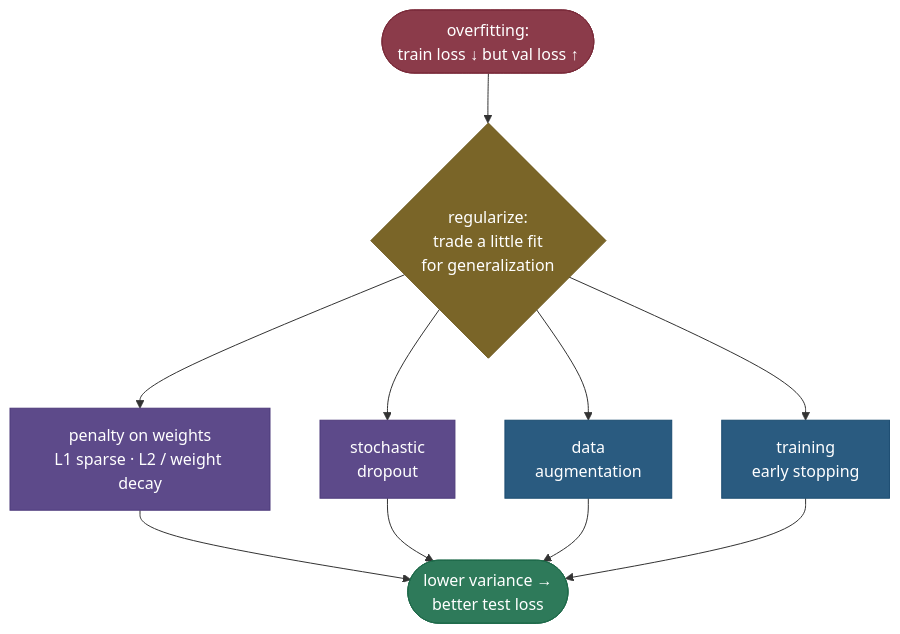
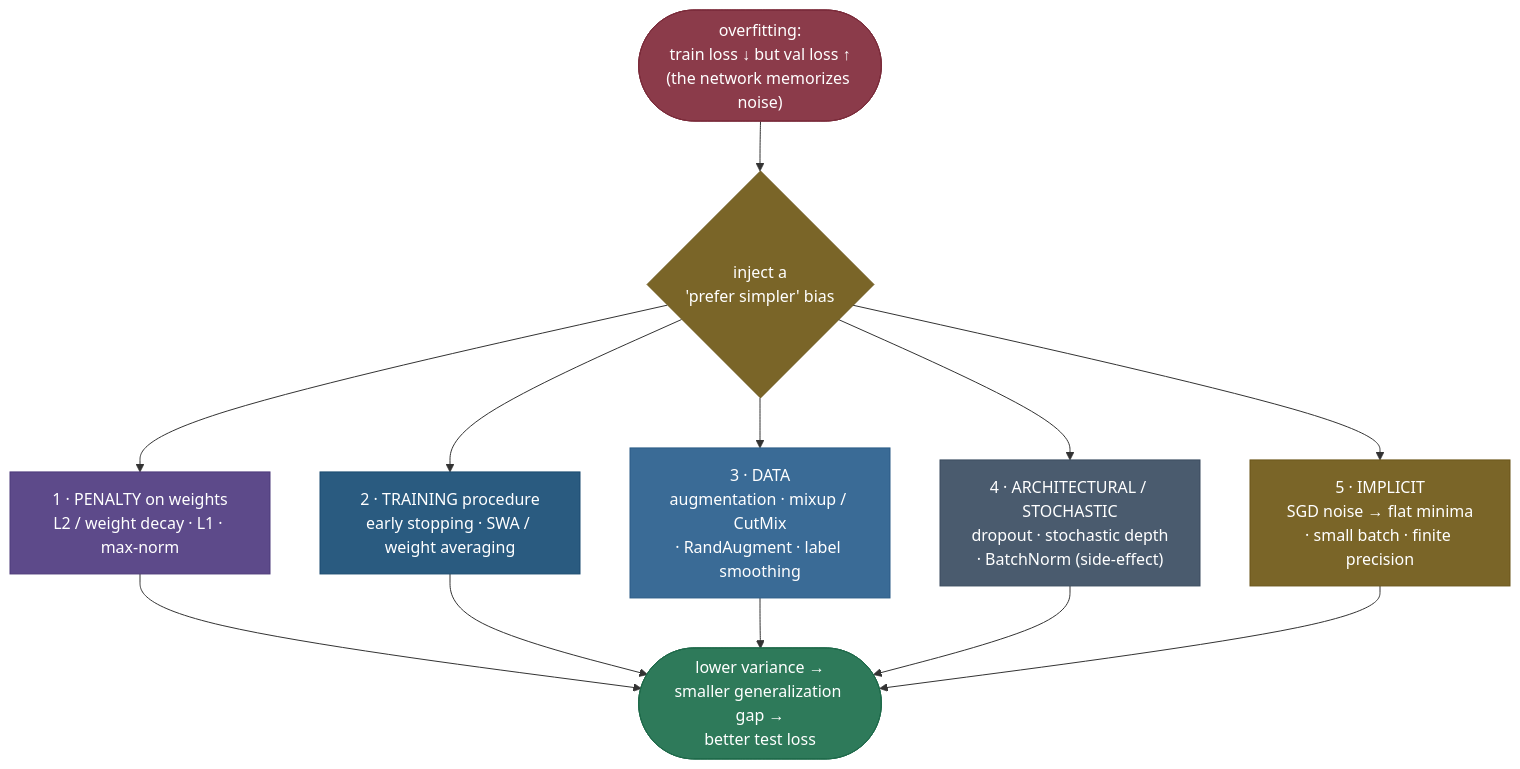
Before and after one commit to sudhir13s/AI-ML-learning-resources: the first of 2 diagrams in 05. Deep_Learning/concepts/09-Regularization.md, drawn with Mermaid. The commit also changed other lines of this file and 6 other files, not shown here.

````diff
--- a/05. Deep_Learning/concepts/09-Regularization.md
+++ b/05. Deep_Learning/concepts/09-Regularization.md
@@ -100,18 +81,25 @@
 ```mermaid
 graph TD
-    O(["overfitting:<br/>train loss ↓ but val loss ↑"]):::danger --> R{"regularize:<br/>trade a little fit<br/>for generalization"}:::amber
-    R --> P["penalty on weights<br/>L1 sparse · L2 / weight decay"]:::process
-    R --> S["stochastic<br/>dropout"]:::process
-    R --> D["data<br/>augmentation"]:::navy
-    R --> E["training<br/>early stopping"]:::navy
-    P --> G(["lower variance →<br/>better test loss"]):::out
+    O(["overfitting:<br/>train loss ↓ but val loss ↑<br/>(the network memorizes noise)"]):::danger --> R{"inject a<br/>'prefer simpler' bias"}:::amber
+
+    R --> P["1 · PENALTY on weights<br/>L2 / weight decay · L1 · max-norm"]:::penalty
+    R --> T["2 · TRAINING procedure<br/>early stopping · SWA / weight averaging"]:::train
+    R --> D["3 · DATA<br/>augmentation · mixup / CutMix<br/>· RandAugment · label smoothing"]:::data
+    R --> S["4 · ARCHITECTURAL / STOCHASTIC<br/>dropout · stochastic depth<br/>· BatchNorm (side-effect)"]:::stoch
+    R --> I["5 · IMPLICIT<br/>SGD noise → flat minima<br/>· small batch · finite precision"]:::implicit
+
+    P --> G(["lower variance →<br/>smaller generalization gap →<br/>better test loss"]):::out
+    T --> G
+    D --> G
     S --> G
-    D --> G
-    E --> G
+    I --> G
 
     classDef danger fill:#8B3B4A,stroke:#7B2B3A,color:#fff
     classDef amber fill:#7A6528,stroke:#6A5518,color:#fff
-    classDef process fill:#5D4A8A,stroke:#4D3A7A,color:#fff
-    classDef navy fill:#2A5B80,stroke:#1A4B70,color:#fff
+    classDef penalty fill:#5D4A8A,stroke:#4D3A7A,color:#fff
+    classDef train fill:#2A5B80,stroke:#1A4B70,color:#fff
+    classDef data fill:#3A6B96,stroke:#2A5B86,color:#fff
+    classDef stoch fill:#4A5B6E,stroke:#3A4B5E,color:#fff
+    classDef implicit fill:#7A6528,stroke:#6A5518,color:#fff
     classDef out fill:#2E7A5A,stroke:#1E6A4A,color:#fff
 ```
````
